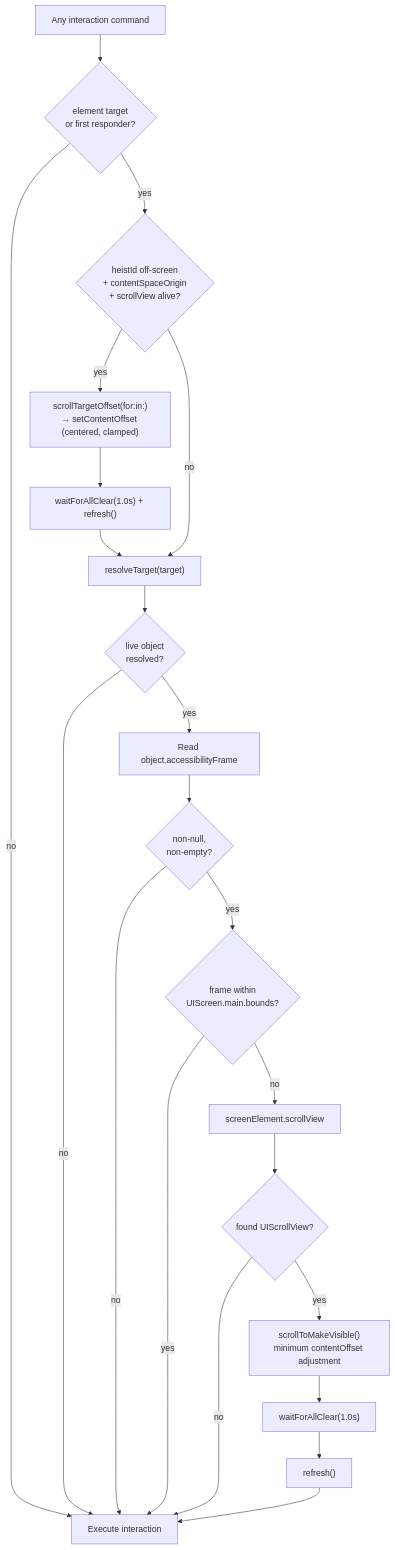
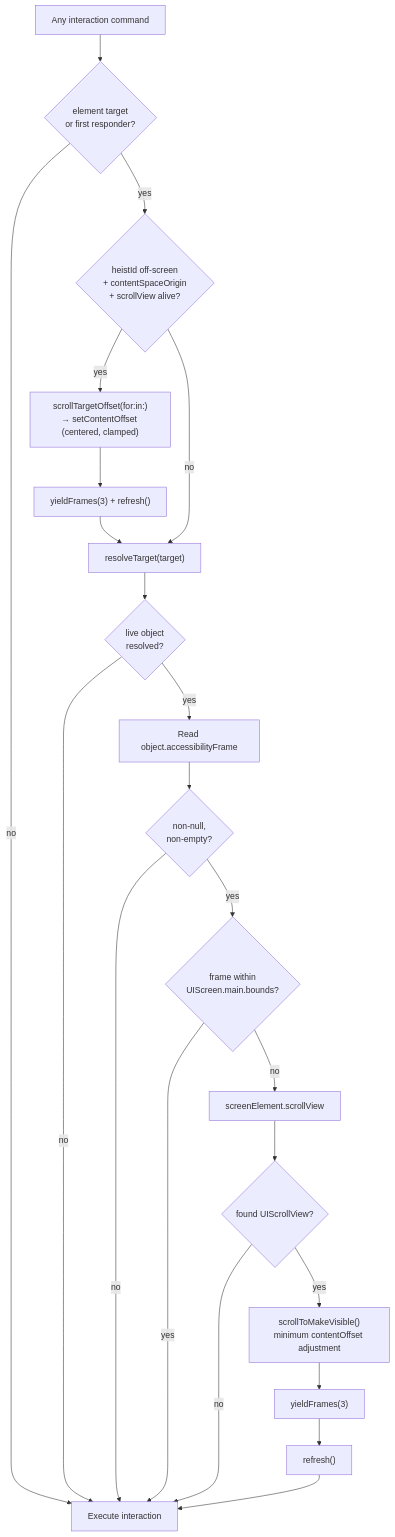
The first of 2 diagrams in docs/dossiers/04a-SCROLLING.md (RoyalPineapple/TheButtonHeist), drawn with Mermaid before and after one commit. The commit also changed other lines of this file and 17 other files, not shown here.

````diff
--- a/docs/dossiers/04a-SCROLLING.md
+++ b/docs/dossiers/04a-SCROLLING.md
@@ -77,28 +77,28 @@
 ```mermaid
 flowchart TD
     Cmd["Any interaction command"]
     Cmd --> HasTarget{element target<br/>or first responder?}
     HasTarget -->|no| Execute["Execute interaction"]
     HasTarget -->|yes| Coarse{"heistId off-screen<br/>+ contentSpaceOrigin<br/>+ scrollView alive?"}
 
     Coarse -->|yes| Jump["scrollTargetOffset(for:in:)<br/>→ setContentOffset (centered, clamped)"]
-    Jump --> Settle1["waitForAllClear(1.0s) + refresh()"]
+    Jump --> Settle1["yieldFrames(3) + refresh()"]
     Settle1 --> Fine
 
     Coarse -->|no| Fine["resolveTarget(target)"]
     Fine --> Resolved{live object<br/>resolved?}
     Resolved -->|no| Execute
     Resolved -->|yes| Frame["Read object.accessibilityFrame"]
     Frame --> Valid{non-null,<br/>non-empty?}
     Valid -->|no| Execute
     Valid -->|yes| OnScreen{frame within<br/>UIScreen.main.bounds?}
     OnScreen -->|yes| Execute
 
     OnScreen -->|no| Walk["screenElement.scrollView"]
     Walk --> ScrollView{found UIScrollView?}
     ScrollView -->|no| Execute
     ScrollView -->|yes| Scroll["scrollToMakeVisible()<br/>minimum contentOffset adjustment"]
-    Scroll --> Settle2["waitForAllClear(1.0s)"]
+    Scroll --> Settle2["yieldFrames(3)"]
     Settle2 --> Refresh["refresh()"]
     Refresh --> Execute
 ```
````
